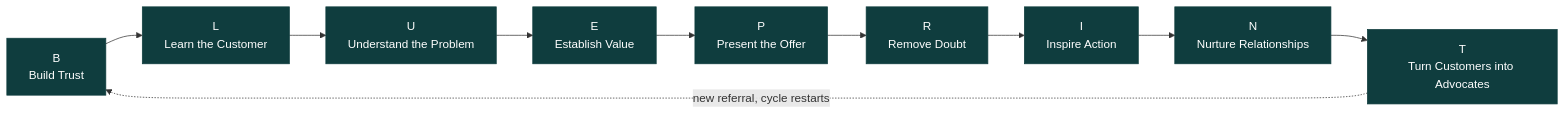
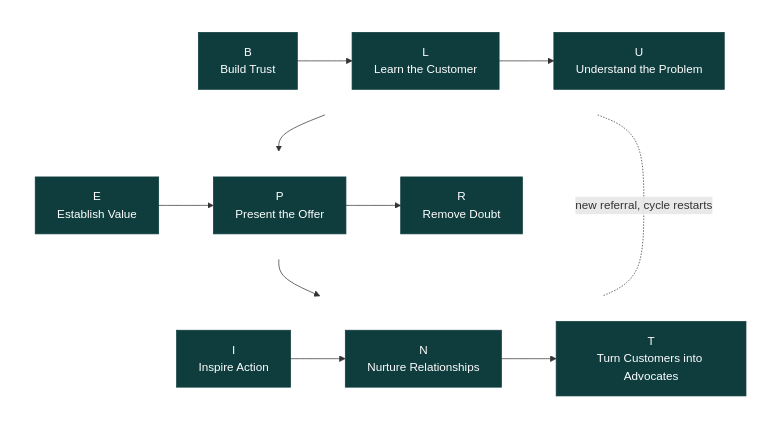
The diagram in Sales-Blueprint/visuals/diagrams/figure-0.1-blueprint-framework.mmd (bcode73/samsec-sales-skill), drawn with Mermaid before and after one commit. The commit also changed 6 other files, not shown here.

First line of the commit message:
Fix diagram proportions: 7 diagrams were rendering as flat ribbons

```diff
--- a/Sales-Blueprint/visuals/diagrams/figure-0.1-blueprint-framework.mmd
+++ b/Sales-Blueprint/visuals/diagrams/figure-0.1-blueprint-framework.mmd
@@ -1,16 +1,25 @@
 %% Figure 0.1: The Blueprint Framework
 %% Placement: manuscript/front-matter/07-the-blueprint-framework.md
 %% Caption: Figure 0.1: The Blueprint Framework, the nine stages a buyer moves through on the way to a decision.
-flowchart LR
-    B["B\nBuild Trust"] --> L["L\nLearn the Customer"]
-    L --> U["U\nUnderstand the Problem"]
-    U --> E["E\nEstablish Value"]
-    E --> P["P\nPresent the Offer"]
-    P --> R["R\nRemove Doubt"]
-    R --> I["I\nInspire Action"]
-    I --> N["N\nNurture Relationships"]
-    N --> T["T\nTurn Customers into Advocates"]
-    T -.->|new referral, cycle restarts| B
+flowchart TD
+    subgraph Row1 [" "]
+        direction LR
+        B["B\nBuild Trust"] --> L["L\nLearn the Customer"] --> U["U\nUnderstand the Problem"]
+    end
+    subgraph Row2 [" "]
+        direction LR
+        E["E\nEstablish Value"] --> P["P\nPresent the Offer"] --> R["R\nRemove Doubt"]
+    end
+    subgraph Row3 [" "]
+        direction LR
+        I["I\nInspire Action"] --> N["N\nNurture Relationships"] --> T["T\nTurn Customers into Advocates"]
+    end
+    B <-.-|new referral, cycle restarts| T
+    U --> E
+    R --> I
 
     classDef stage fill:#0F3D3E,stroke:#0F3D3E,color:#FFFFFF;
     class B,L,U,E,P,R,I,N,T stage;
+    style Row1 fill:transparent,stroke:transparent
+    style Row2 fill:transparent,stroke:transparent
+    style Row3 fill:transparent,stroke:transparent
```
